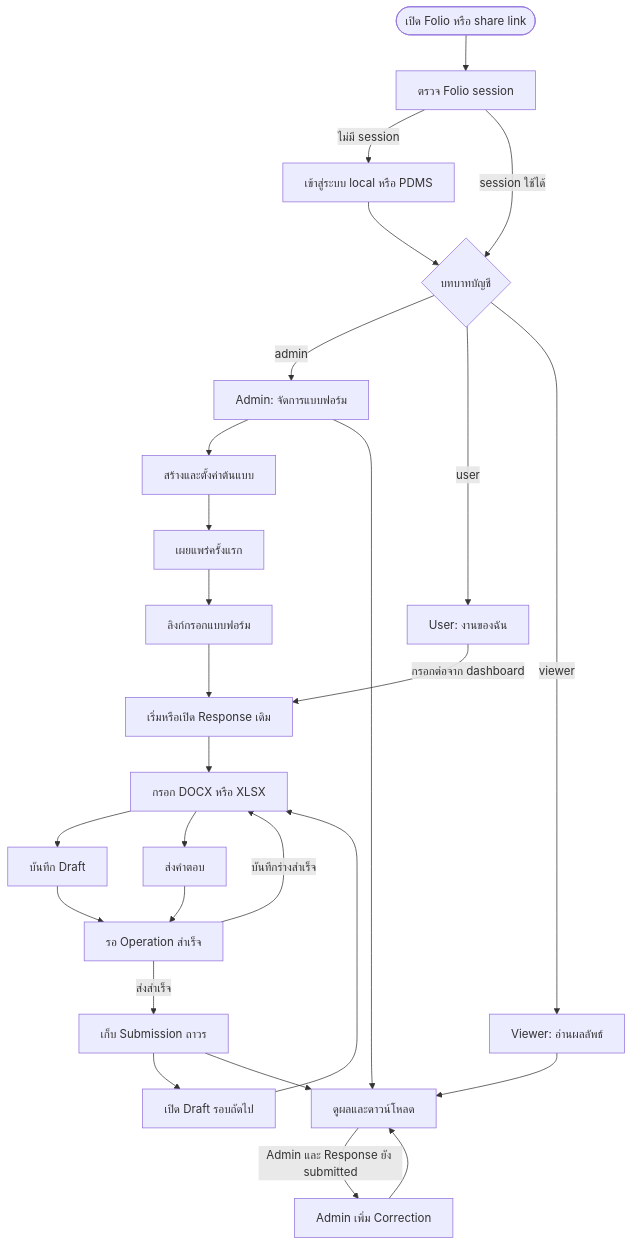
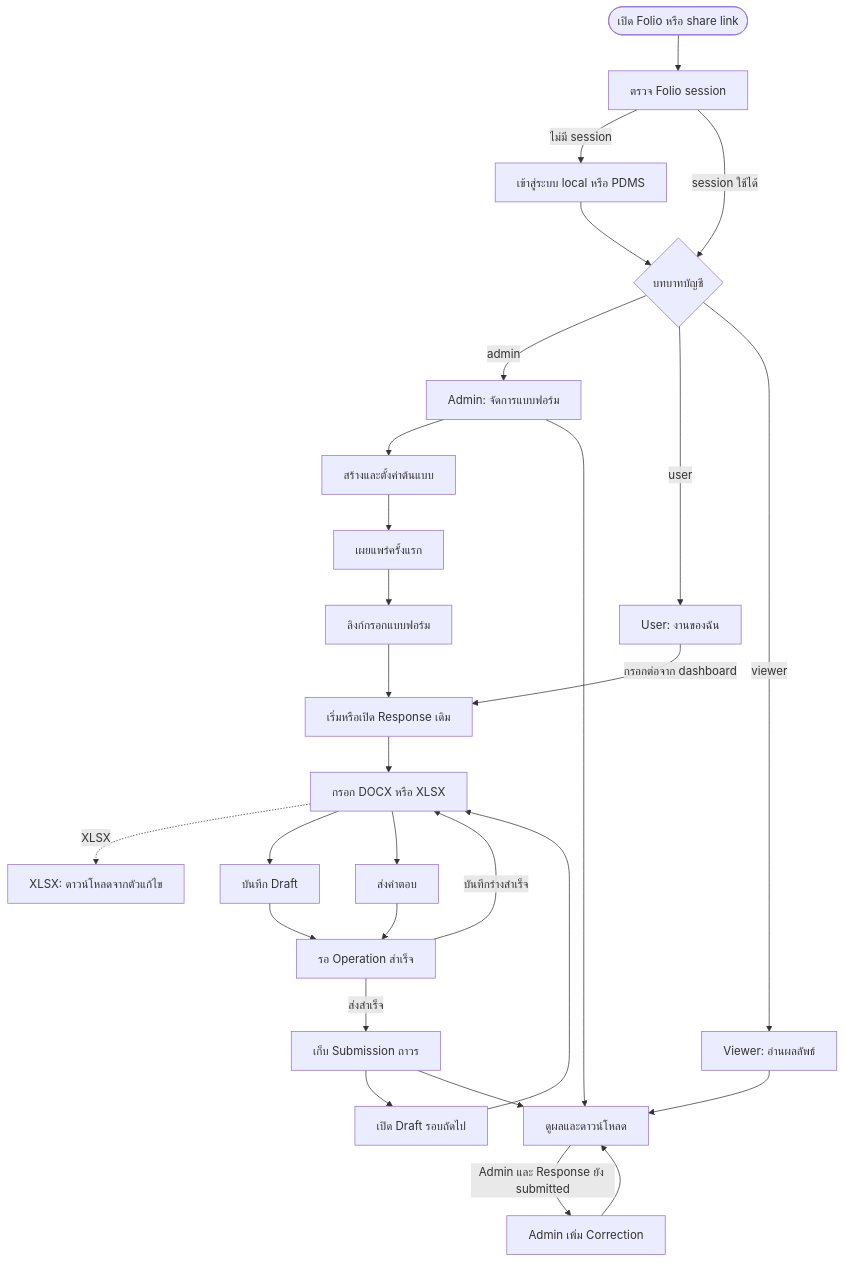
The first of 23 diagrams in .scratch/system-workflow/system-map.md (AquilaStudio2/folio-forms), drawn with Mermaid before and after one commit. The commit also changed other lines of this file and 27 other files, not shown here.

````diff
--- a/.scratch/system-workflow/system-map.md
+++ b/.scratch/system-workflow/system-map.md
@@ -35,42 +37,44 @@
 ```mermaid
 flowchart TD
     entry(["เปิด Folio หรือ share link"])
     auth["ตรวจ Folio session"]
     login["เข้าสู่ระบบ local หรือ PDMS"]
     role{"บทบาทบัญชี"}
     admin["Admin: จัดการแบบฟอร์ม"]
     user["User: งานของฉัน"]
     viewer["Viewer: อ่านผลลัพธ์"]
     author["สร้างและตั้งค่าต้นแบบ"]
     publish["เผยแพร่ครั้งแรก"]
     share["ลิงก์กรอกแบบฟอร์ม"]
     fill["เริ่มหรือเปิด Response เดิม"]
     edit["กรอก DOCX หรือ XLSX"]
+    excelExport["XLSX: ดาวน์โหลดจากตัวแก้ไข"]
     draft["บันทึก Draft"]
     submit["ส่งคำตอบ"]
     operation["รอ Operation สำเร็จ"]
     history["เก็บ Submission ถาวร"]
     refill["เปิด Draft รอบถัดไป"]
     results["ดูผลและดาวน์โหลด"]
     correction["Admin เพิ่ม Correction"]
     entry --> auth
     auth -->|"ไม่มี session"| login
     login --> role
     auth -->|"session ใช้ได้"| role
     role -->|"admin"| admin
     role -->|"user"| user
     role -->|"viewer"| viewer
     admin --> author --> publish --> share --> fill
     user -->|"กรอกต่อจาก dashboard"| fill
     fill --> edit
+    edit -.->|"XLSX"| excelExport
     edit --> draft --> operation
     edit --> submit --> operation
     operation -->|"บันทึกร่างสำเร็จ"| edit
     operation -->|"ส่งสำเร็จ"| history
     history --> refill --> edit
     history --> results
     viewer --> results
     admin --> results
     results -->|"Admin และ Response ยัง submitted"| correction
     correction --> results
 ```
````
